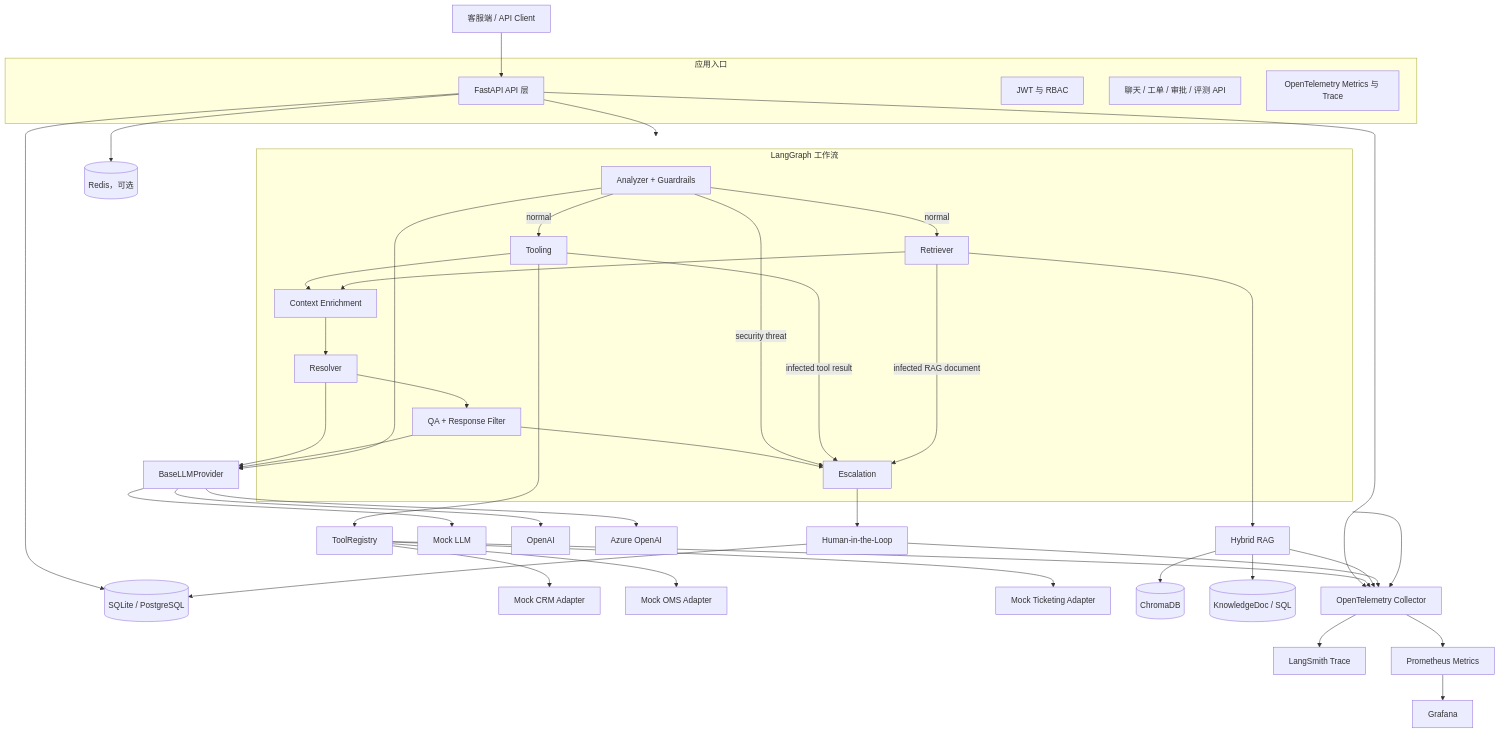
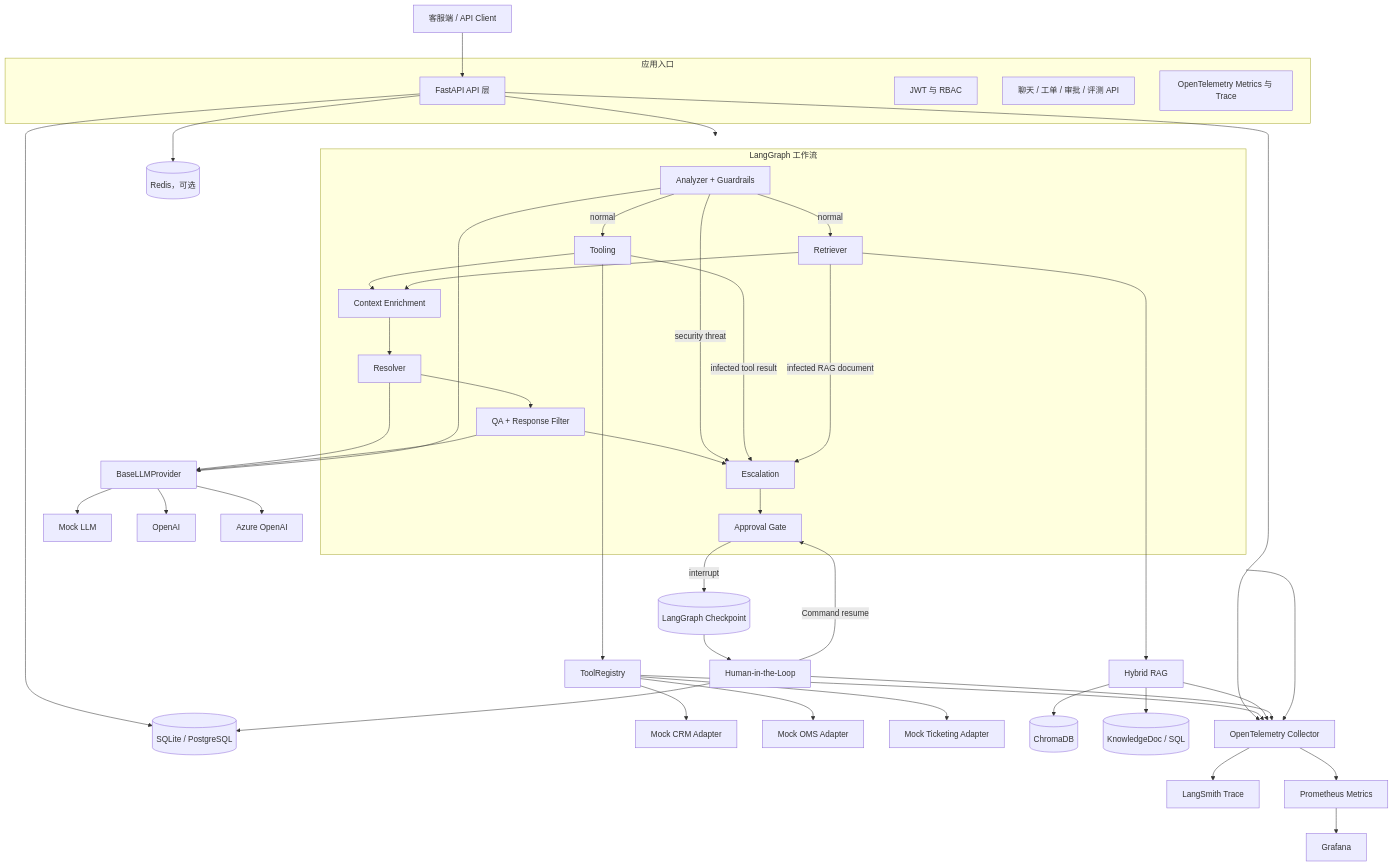
Before and after one commit to sulik0/support-gpt-enterprise-resume: the first of 6 diagrams in docs/01_ARCHITECTURE.md, drawn with Mermaid. The commit also changed other lines of this file and 23 other files, not shown here.

Commit message:
feat: add durable LangGraph checkpoint execution

````diff
--- a/docs/01_ARCHITECTURE.md
+++ b/docs/01_ARCHITECTURE.md
@@ -20,64 +20,67 @@
 ```mermaid
 flowchart TB
     Client[客服端 / API Client] --> Gateway[FastAPI API 层]
 
     subgraph App[应用入口]
         Gateway
         Auth[JWT 与 RBAC]
         Chat[聊天 / 工单 / 审批 / 评测 API]
         HTTPTrace[OpenTelemetry Metrics 与 Trace]
     end
 
     Gateway --> Graph
     Gateway --> SQL
     Gateway --> Redis
 
     subgraph Graph[LangGraph 工作流]
         Analyzer[Analyzer + Guardrails]
         Tooling[Tooling]
         Retriever[Retriever]
         ContextJoin[Context Enrichment]
         Resolver[Resolver]
         QA[QA + Response Filter]
         Escalation[Escalation]
+        ApprovalGate[Approval Gate]
         Analyzer -->|normal| Tooling
         Analyzer -->|normal| Retriever
         Tooling --> ContextJoin
         Retriever --> ContextJoin
-        ContextJoin --> Resolver --> QA --> Escalation
+        ContextJoin --> Resolver --> QA --> Escalation --> ApprovalGate
         Analyzer -->|security threat| Escalation
         Tooling -->|infected tool result| Escalation
         Retriever -->|infected RAG document| Escalation
     end
 
     Tooling --> Registry[ToolRegistry]
     Registry --> CRM[Mock CRM Adapter]
     Registry --> OMS[Mock OMS Adapter]
     Registry --> Ticketing[Mock Ticketing Adapter]
 
     Retriever --> RAG[Hybrid RAG]
     RAG --> Chroma[(ChromaDB)]
     RAG --> KB[(KnowledgeDoc / SQL)]
 
     Resolver --> Provider[BaseLLMProvider]
     QA --> Provider
     Analyzer --> Provider
     Provider --> Mock[Mock LLM]
     Provider --> OpenAI[OpenAI]
     Provider --> Azure[Azure OpenAI]
 
-    Escalation --> Approval[Human-in-the-Loop]
+    ApprovalGate -->|interrupt| Checkpoint[(LangGraph Checkpoint)]
+    Checkpoint --> Approval[Human-in-the-Loop]
+    Approval -->|Command resume| ApprovalGate
     Approval --> SQL
 
     SQL[(SQLite / PostgreSQL)]
     Redis[(Redis，可选)]
 
     Gateway --> Obs[OpenTelemetry Collector]
     Obs --> LangSmith[LangSmith Trace]
     Obs --> Prometheus[Prometheus Metrics]
     Prometheus --> Grafana[Grafana]
     Graph --> Obs
     Registry --> Obs
     RAG --> Obs
     Approval --> Obs
 ```
````
